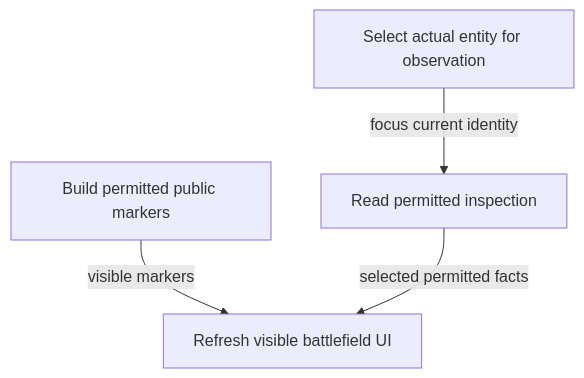
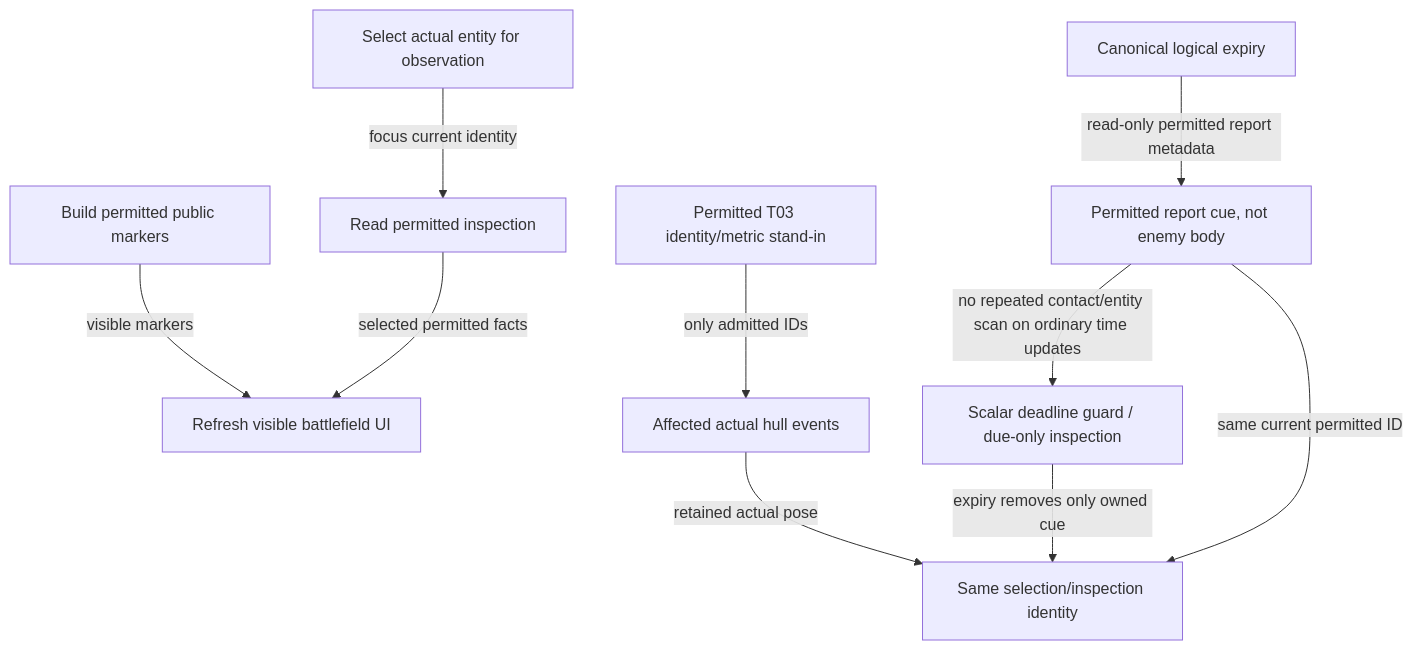
Before and after one commit to TheInfinityIQ/Trencho_V4: diagram 42 of 51 in docs/system_atlas.md, drawn with Mermaid. The commit also changed other lines of this file and 12 other files, not shown here.

````diff
--- a/docs/system_atlas.md
+++ b/docs/system_atlas.md
@@ -1346,10 +1346,22 @@
 ```mermaid
 flowchart TD
     n0["Build permitted public markers"]
     n1["Read permitted inspection"]
     n2["Refresh visible battlefield UI"]
     n3["Select actual entity for observation"]
+    t03_admit["Permitted T03 identity/metric stand-in"]
+    t03_motion["Affected actual hull events"]
+    report_admit["Permitted report cue, not enemy body"]
+    report_deadline["Canonical logical expiry"]
+    report_due["Scalar deadline guard / due-only inspection"]
+    field_anchor["Same selection/inspection identity"]
     n0 -->|"visible markers"| n2
     n1 -->|"selected permitted facts"| n2
     n3 -->|"focus current identity"| n1
+    t03_admit -->|"only admitted IDs"| t03_motion
+    t03_motion -->|"retained actual pose"| field_anchor
+    report_deadline -->|"read-only permitted report metadata"| report_admit
+    report_admit -->|"no repeated contact/entity scan on ordinary time updates"| report_due
+    report_due -->|"expiry removes only owned cue"| field_anchor
+    report_admit -->|"same current permitted ID"| field_anchor
 ```
````
